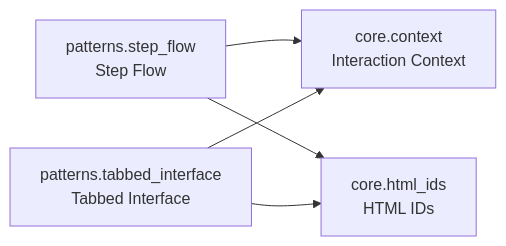
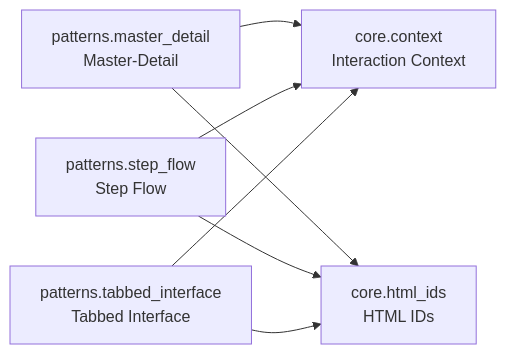
Before and after one commit to cj-mills/cjm-fasthtml-interactions: the diagram in README.md, drawn with Mermaid. The commit also changed other lines of this file and 7 other files, not shown here.

Commit message:
Implement master-detail interface pattern.

````diff
--- a/README.md
+++ b/README.md
@@ -26,12 +27,15 @@
 ``` mermaid
 graph LR
     core_context[core.context<br/>Interaction Context]
     core_html_ids[core.html_ids<br/>HTML IDs]
+    patterns_master_detail[patterns.master_detail<br/>Master-Detail]
     patterns_step_flow[patterns.step_flow<br/>Step Flow]
     patterns_tabbed_interface[patterns.tabbed_interface<br/>Tabbed Interface]
 
+    patterns_master_detail --> core_context
+    patterns_master_detail --> core_html_ids
     patterns_step_flow --> core_context
     patterns_step_flow --> core_html_ids
     patterns_tabbed_interface --> core_context
     patterns_tabbed_interface --> core_html_ids
 ```
````
